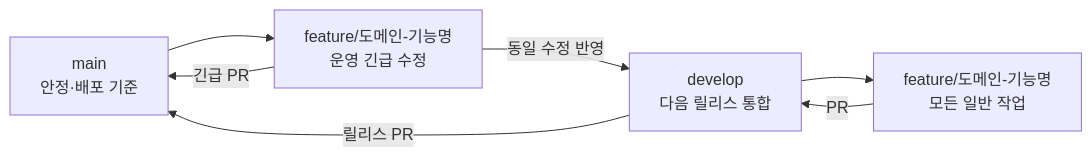
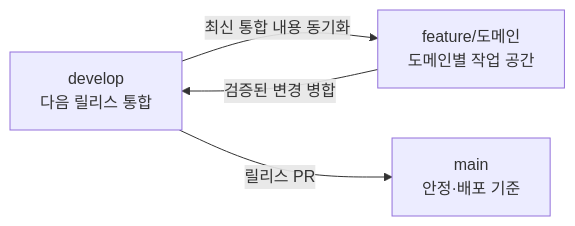
The diagram in CONTRIBUTING.md (Buc-Capstone-Dibut/buc_Capstone_DEMO), drawn with Mermaid before and after one commit. The commit also changed other lines of this file and 1 other file, not shown here.

````diff
--- a/CONTRIBUTING.md
+++ b/CONTRIBUTING.md
@@ -9,14 +9,10 @@
 ```mermaid
 flowchart LR
     M[main<br/>안정·배포 기준]
     D[develop<br/>다음 릴리스 통합]
-    F[feature/도메인-기능명<br/>모든 일반 작업]
-    U[feature/도메인-기능명<br/>운영 긴급 수정]
+    F[feature/도메인<br/>도메인별 작업 공간]
 
-    D --> F
-    F -->|PR| D
+    D -->|최신 통합 내용 동기화| F
+    F -->|검증된 변경 병합| D
     D -->|릴리스 PR| M
-    M --> U
-    U -->|긴급 PR| M
-    U -->|동일 수정 반영| D
 ```
````
